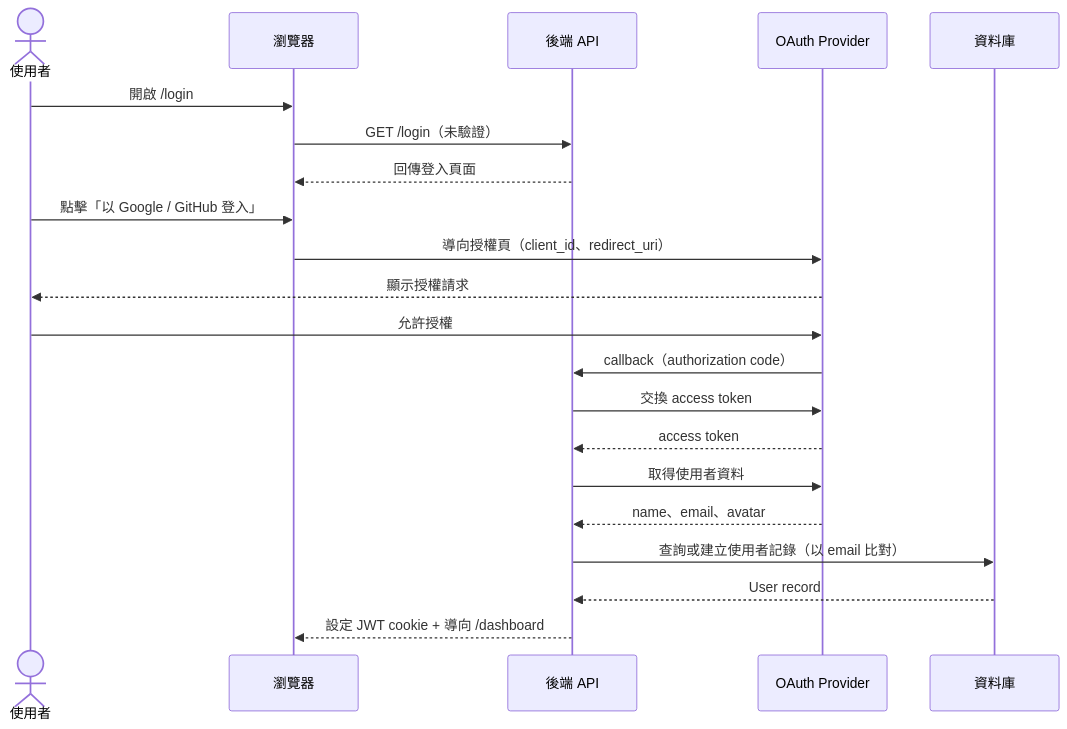
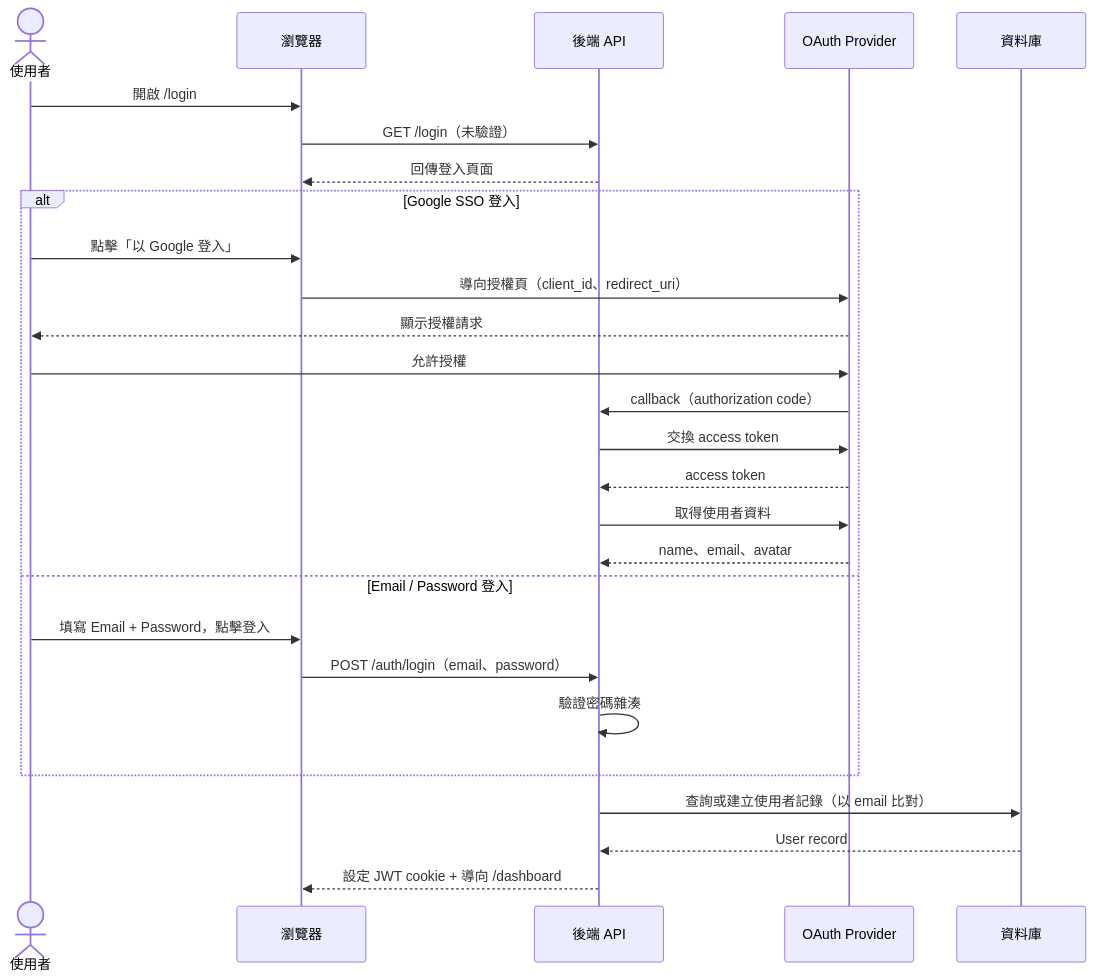
The first of 2 diagrams in specs/001-sso-login/spec.md (singyichen/label-suite), drawn with Mermaid before and after one commit. The commit also changed other lines of this file and 1 other file, not shown here.

````diff
--- a/specs/001-sso-login/spec.md
+++ b/specs/001-sso-login/spec.md
@@ -12,26 +12,31 @@
 ```mermaid
 sequenceDiagram
     actor 使用者
     participant 瀏覽器
     participant 後端API as 後端 API
     participant OAuthProvider as OAuth Provider
     participant 資料庫
 
     使用者->>瀏覽器: 開啟 /login
     瀏覽器->>後端API: GET /login（未驗證）
     後端API-->>瀏覽器: 回傳登入頁面
 
-    使用者->>瀏覽器: 點擊「以 Google / GitHub 登入」
-    瀏覽器->>OAuthProvider: 導向授權頁（client_id、redirect_uri）
-    OAuthProvider-->>使用者: 顯示授權請求
-    使用者->>OAuthProvider: 允許授權
-
-    OAuthProvider->>後端API: callback（authorization code）
-    後端API->>OAuthProvider: 交換 access token
-    OAuthProvider-->>後端API: access token
-    後端API->>OAuthProvider: 取得使用者資料
-    OAuthProvider-->>後端API: name、email、avatar
+    alt Google SSO 登入
+        使用者->>瀏覽器: 點擊「以 Google 登入」
+        瀏覽器->>OAuthProvider: 導向授權頁（client_id、redirect_uri）
+        OAuthProvider-->>使用者: 顯示授權請求
+        使用者->>OAuthProvider: 允許授權
+        OAuthProvider->>後端API: callback（authorization code）
+        後端API->>OAuthProvider: 交換 access token
+        OAuthProvider-->>後端API: access token
+        後端API->>OAuthProvider: 取得使用者資料
+        OAuthProvider-->>後端API: name、email、avatar
+    else Email / Password 登入
+        使用者->>瀏覽器: 填寫 Email + Password，點擊登入
+        瀏覽器->>後端API: POST /auth/login（email、password）
+        後端API->>後端API: 驗證密碼雜湊
+    end
     後端API->>資料庫: 查詢或建立使用者記錄（以 email 比對）
     資料庫-->>後端API: User record
     後端API-->>瀏覽器: 設定 JWT cookie + 導向 /dashboard
 ```
````
